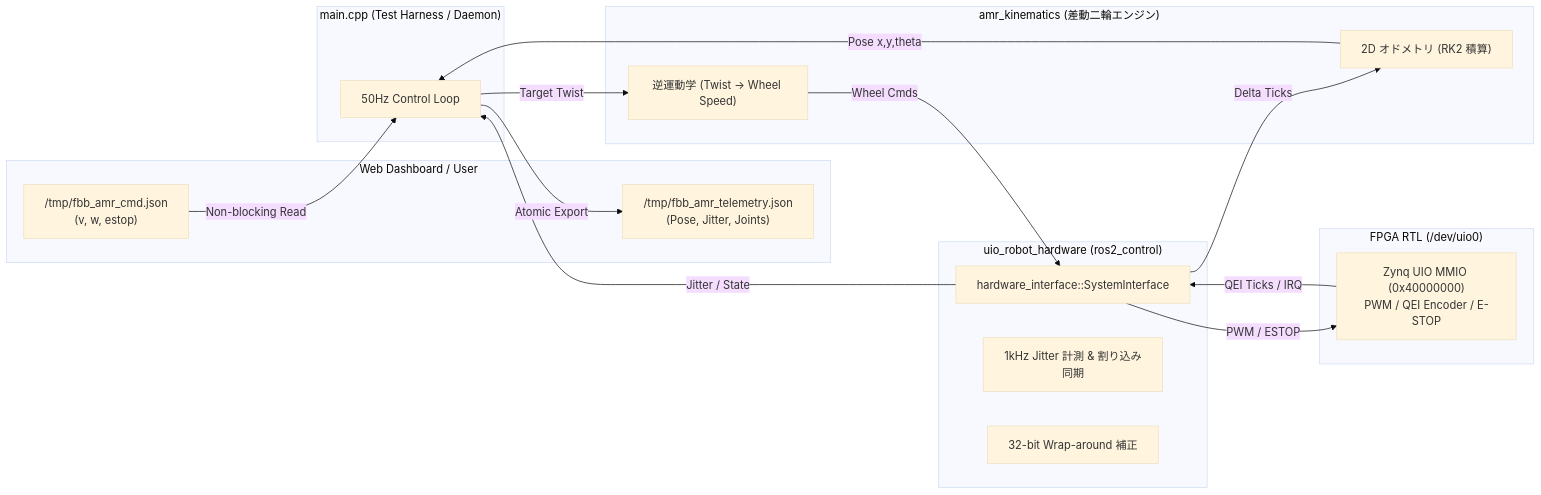
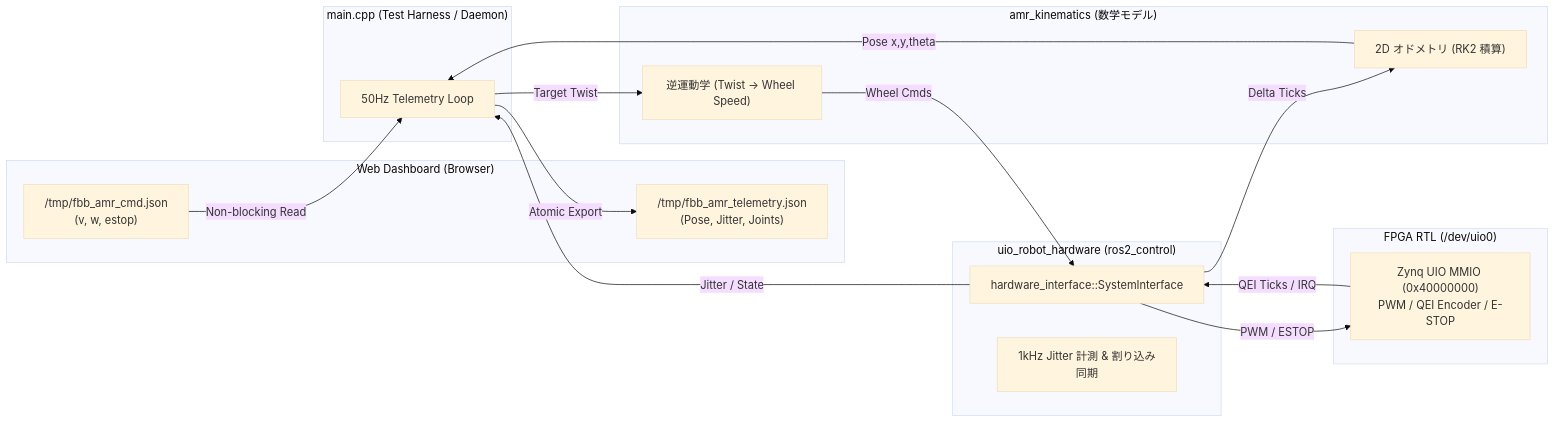
Before and after one commit to sirosiro/FPGA-BoardlessBench: the diagram in tests/scenarios/P02_robot_amr_ros2/README.md, drawn with Mermaid (base theme). The commit also changed other lines of this file and 2 other files, not shown here.

````diff
--- a/tests/scenarios/P02_robot_amr_ros2/README.md
+++ b/tests/scenarios/P02_robot_amr_ros2/README.md
@@ -122,36 +65,35 @@
 ```mermaid
 graph LR
-    subgraph UI ["Web Dashboard / User"]
+    subgraph UI ["Web Dashboard (Browser)"]
         CmdJson["/tmp/fbb_amr_cmd.json<br/>(v, w, estop)"]
         TelemJson["/tmp/fbb_amr_telemetry.json<br/>(Pose, Jitter, Joints)"]
     end
 
     subgraph App ["main.cpp (Test Harness / Daemon)"]
-        Loop["50Hz Control Loop"]
+        Loop["50Hz Telemetry Loop"]
     end
 
-    subgraph Kin ["amr_kinematics (差動二輪エンジン)"]
+    subgraph Kin ["amr_kinematics (数学モデル)"]
         InvKin["逆運動学 (Twist -> Wheel Speed)"]
         FwdOdom["2D オドメトリ (RK2 積算)"]
     end
 
     subgraph HW ["uio_robot_hardware (ros2_control)"]
         SysIf["hardware_interface::SystemInterface"]
         Jitter["1kHz Jitter 計測 & 割り込み同期"]
-        Wrap["32-bit Wrap-around 補正"]
     end
 
     subgraph FPGA ["FPGA RTL (/dev/uio0)"]
         UIO["Zynq UIO MMIO (0x40000000)<br/>PWM / QEI Encoder / E-STOP"]
     end
 
     CmdJson -->|Non-blocking Read| Loop
     Loop -->|Target Twist| InvKin
     InvKin -->|Wheel Cmds| SysIf
     SysIf -->|PWM / ESTOP| UIO
     UIO -->|QEI Ticks / IRQ| SysIf
     SysIf -->|Delta Ticks| FwdOdom
     FwdOdom -->|Pose x,y,theta| Loop
     SysIf -->|Jitter / State| Loop
     Loop -->|Atomic Export| TelemJson
 ```
````
